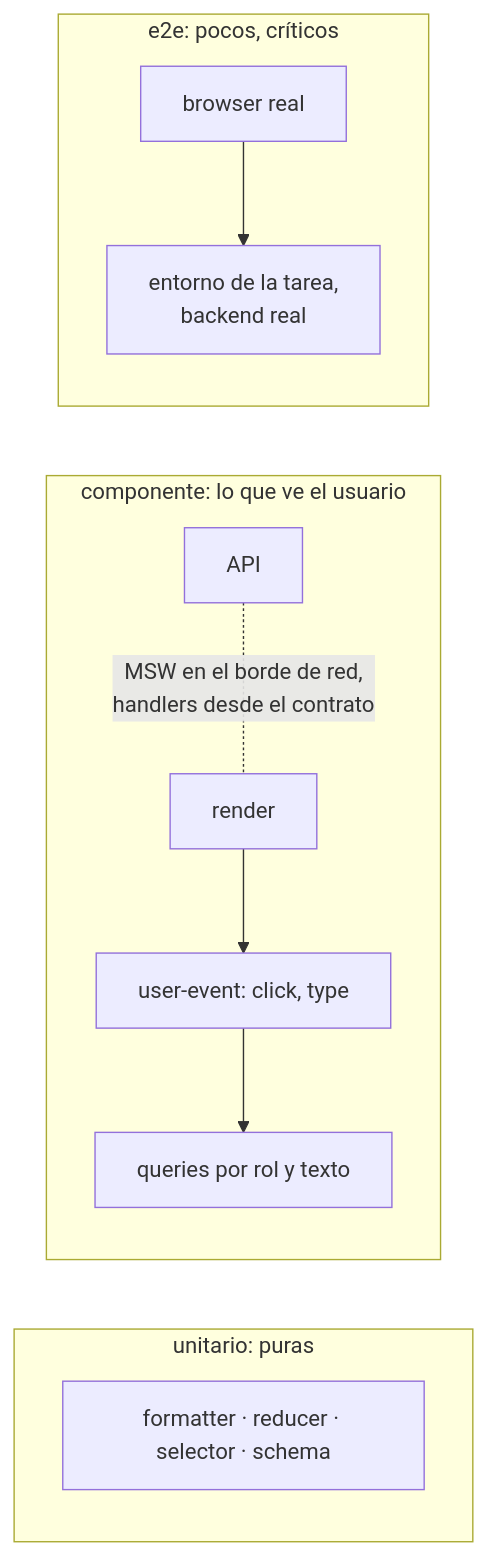
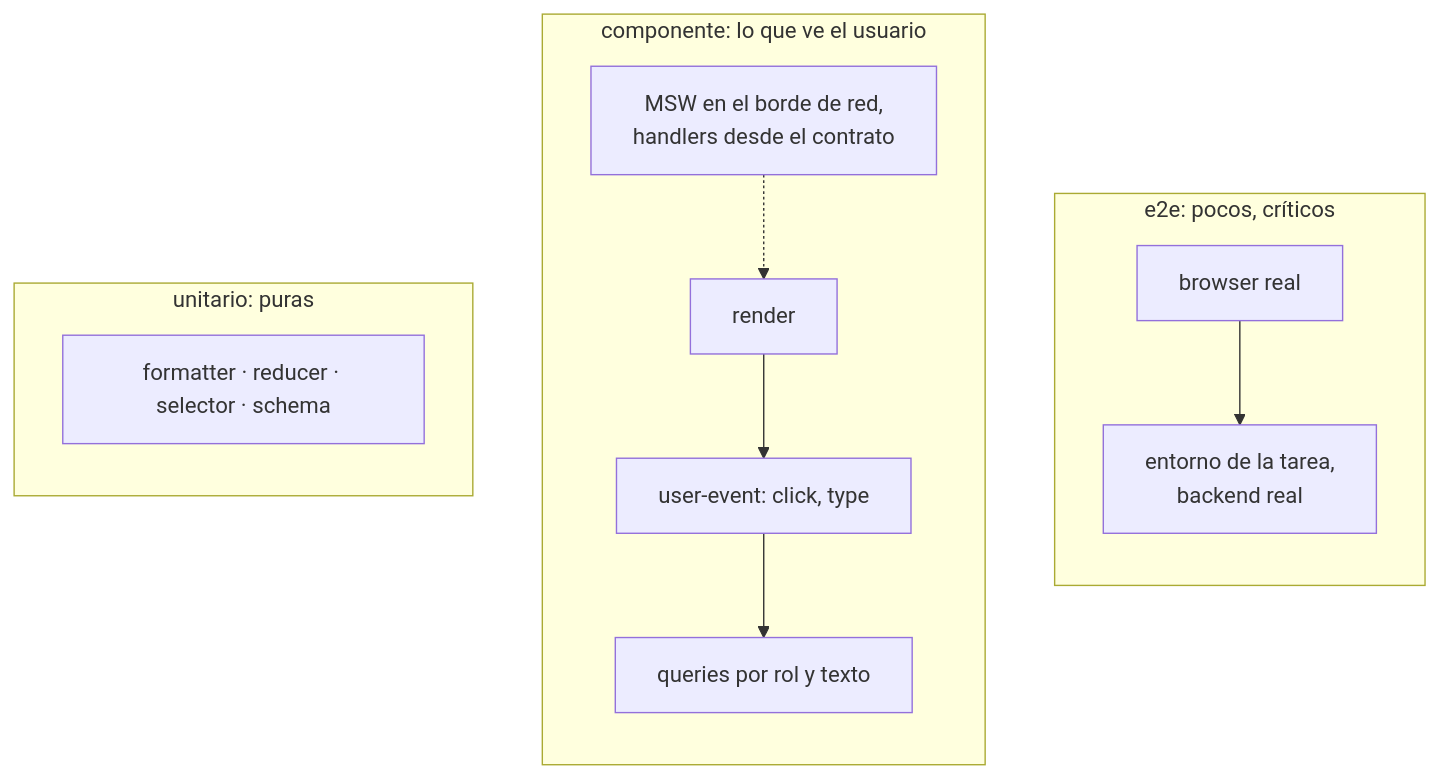
One commit to octavio-parozlabs/mindstack changed the second of 7 diagrams in skills/qa/SKILL.md. Above: the diagram before and after it, drawn with Mermaid.

Commit message:
feat: mejorar diagramas de flujo en la documentación de QA para mayor claridad

````diff
--- a/skills/qa/SKILL.md
+++ b/skills/qa/SKILL.md
@@ -43,13 +43,17 @@
 ```mermaid
 flowchart LR
     subgraph unit["unitario: puras"]
+        direction TB
         F[formatter · reducer · selector · schema]
     end
     subgraph comp["componente: lo que ve el usuario"]
+        direction TB
         RD[render] --> U[user-event: click, type] --> Q[queries por rol y texto]
-        API[API] -. MSW en el borde de red,\nhandlers desde el contrato .- RD
+        API[MSW en el borde de red,\nhandlers desde el contrato] -.-> RD
     end
     subgraph e2e["e2e: pocos, críticos"]
+        direction TB
         PW[browser real] --> ENV[entorno de la tarea,\nbackend real]
     end
+    unit ~~~ comp ~~~ e2e
 ```
````
